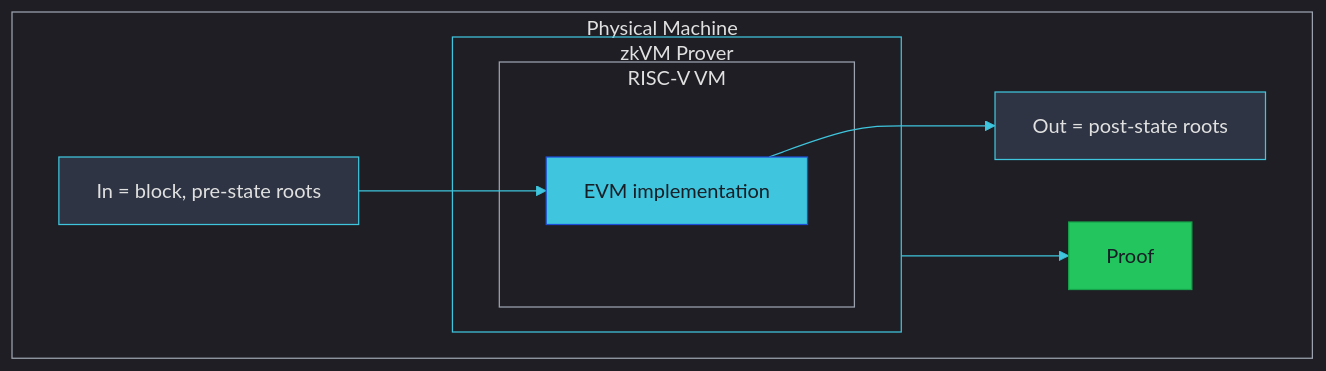
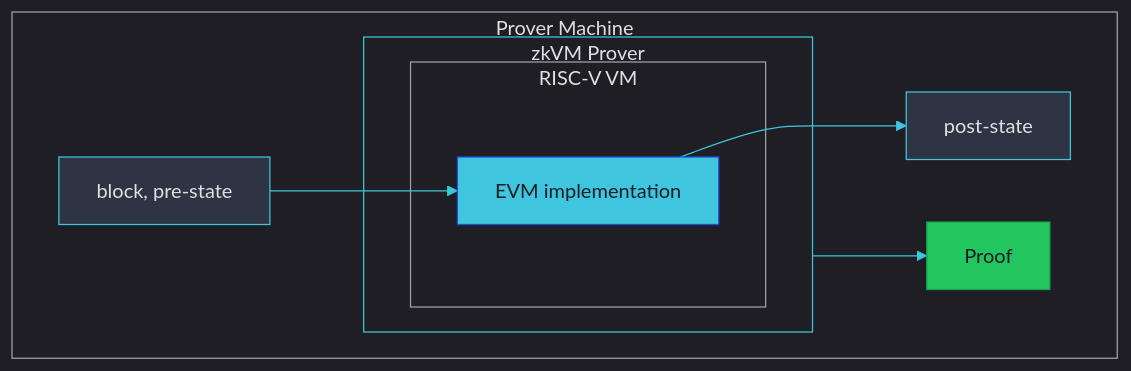
Before and after one commit to codygunton/talks-and-writing: the diagram in 2026-02-13-ethboulder/diagrams/zkvm-prover-riscv.mmd, drawn with Mermaid. The commit also changed 2 other files, not shown here.

Commit message:
update diagrams, add link

```diff
--- a/2026-02-13-ethboulder/diagrams/zkvm-prover-riscv.mmd
+++ b/2026-02-13-ethboulder/diagrams/zkvm-prover-riscv.mmd
@@ -1,21 +1,21 @@
 %%{init: {"theme": "dark", "themeVariables": {"primaryColor": "#2e3444", "primaryTextColor": "#e0e0e0", "lineColor": "#3fc5dd", "secondaryColor": "#282e3e"}}}%%
 flowchart LR
     classDef io fill:#2e3444,stroke:#3fc5dd,color:#e0e0e0
     classDef proc fill:#3fc5dd,stroke:#1d4ed8,color:#181e26
     classDef proof fill:#22c55e,stroke:#16a34a,color:#181e26
 
-    subgraph Physical["Physical Machine"]
-        direction LR
-        In["In = block, pre-state roots"]:::io --> Program["EVM implementation"]:::proc
+    subgraph Physical["Prover Machine"]
+    direction LR
+        In["block, pre-state"]:::io --> Program["EVM implementation"]:::proc
         subgraph Prover["zkVM Prover"]
             subgraph VM["RISC-V VM"]
                 Program
             end
         end
-        Program --> Out["Out = post-state roots"]:::io
+        Program --> Out["post-state"]:::io
         Prover --> Proof:::proof
     end
 
     style Physical fill:none,stroke:#9ca3af,color:#e0e0e0
     style Prover fill:none,stroke:#3fc5dd,color:#e0e0e0
     style VM fill:none,stroke:#9ca3af,color:#e0e0e0
```
